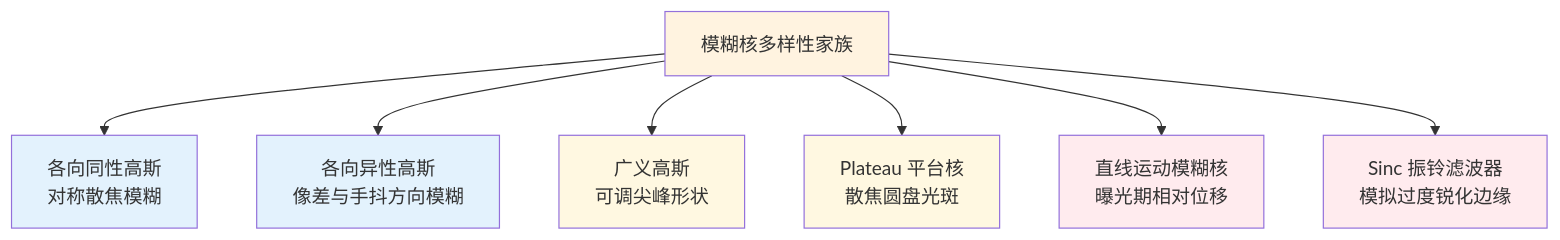
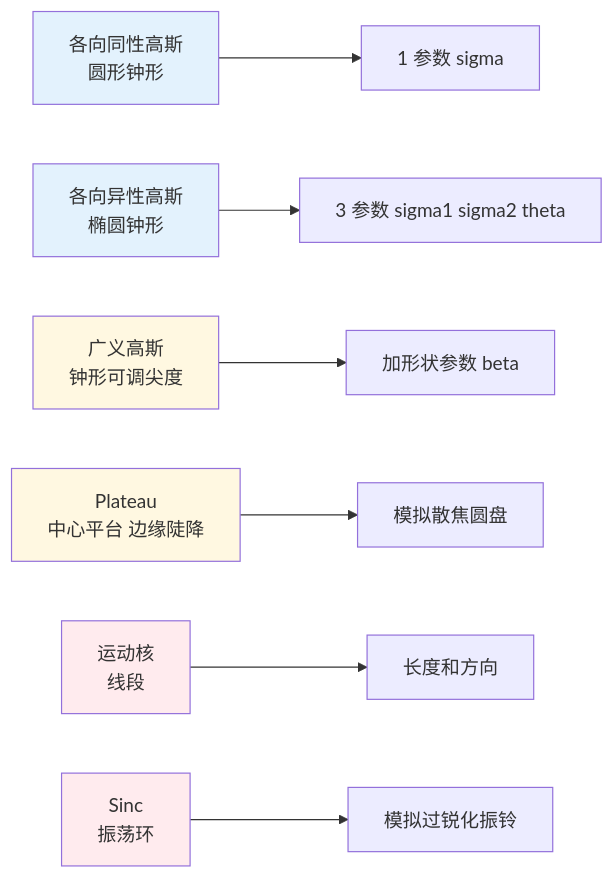
One commit to yingwang/image-enhancement-guide changed the third of 4 diagrams in chapters/05-degradation-pipeline.md. Above: the diagram before and after it, drawn with Mermaid. The commit also changed other lines of this file and 18 other files, not shown here.

````diff
--- a/chapters/05-degradation-pipeline.md
+++ b/chapters/05-degradation-pipeline.md
@@ -282,17 +450,16 @@
 ```mermaid
-graph TD
-    Root["模糊核多样性家族"] --> Iso["各向同性高斯<br/>对称散焦模糊"]
-    Root --> Aniso["各向异性高斯<br/>像差与手抖方向模糊"]
-    Root --> Gen["广义高斯<br/>可调尖峰形状"]
-    Root --> Plat["Plateau 平台核<br/>散焦圆盘光斑"]
-    Root --> Mot["直线运动模糊核<br/>曝光期相对位移"]
-    Root --> Sinc["Sinc 振铃滤波器<br/>模拟过度锐化边缘"]
+graph LR
+    A[各向同性高斯<br/>圆形钟形] --> Aa[1 参数 sigma]
+    B[各向异性高斯<br/>椭圆钟形] --> Bb[3 参数 sigma1 sigma2 theta]
+    C[广义高斯<br/>钟形可调尖度] --> Cc[加形状参数 beta]
+    D[Plateau<br/>中心平台 边缘陡降] --> Dd[模拟散焦圆盘]
+    E[运动核<br/>线段] --> Ee[长度和方向]
+    F[Sinc<br/>振荡环] --> Ff[模拟过锐化振铃]
 
-    style Root fill:#fff3e0
-    style Iso fill:#e3f2fd
-    style Aniso fill:#e3f2fd
-    style Gen fill:#fff8e1
-    style Plat fill:#fff8e1
-    style Mot fill:#ffebee
-    style Sinc fill:#ffebee
+    style A fill:#e3f2fd
+    style B fill:#e3f2fd
+    style C fill:#fff8e1
+    style D fill:#fff8e1
+    style E fill:#ffebee
+    style F fill:#ffebee
 ```
````
